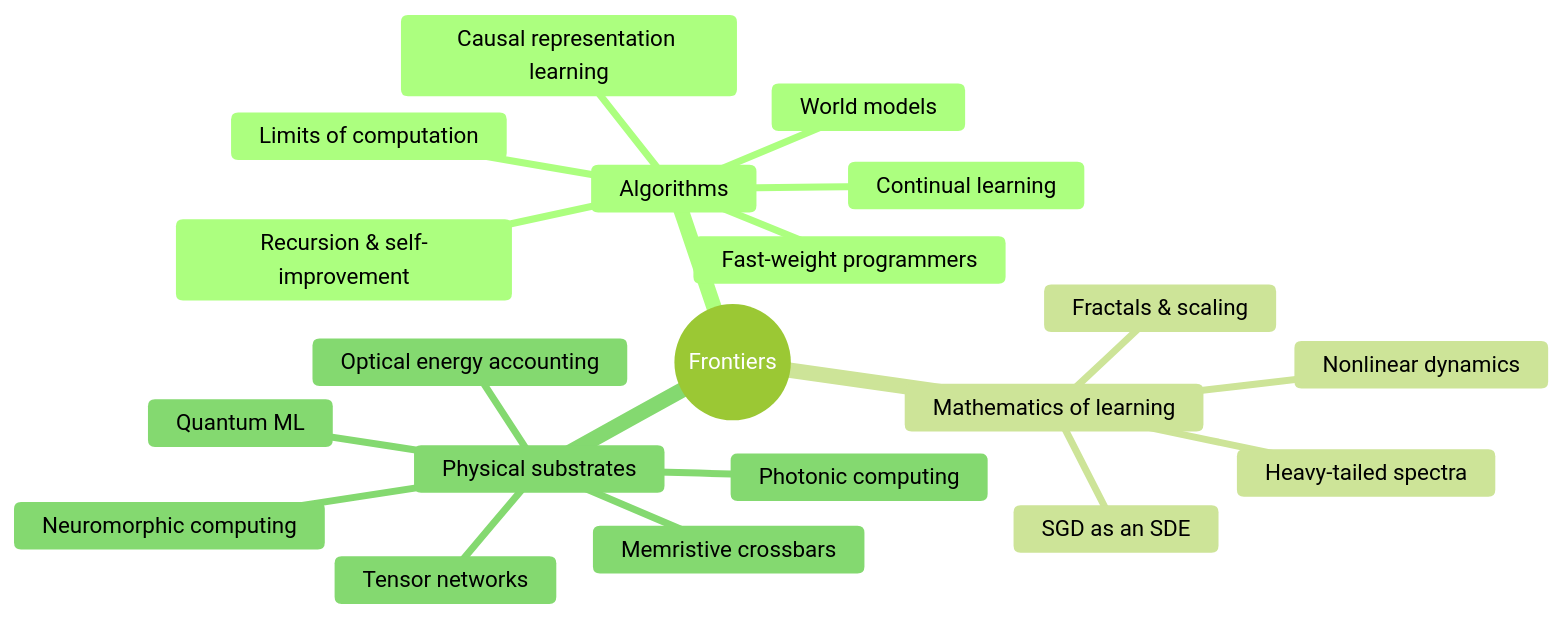
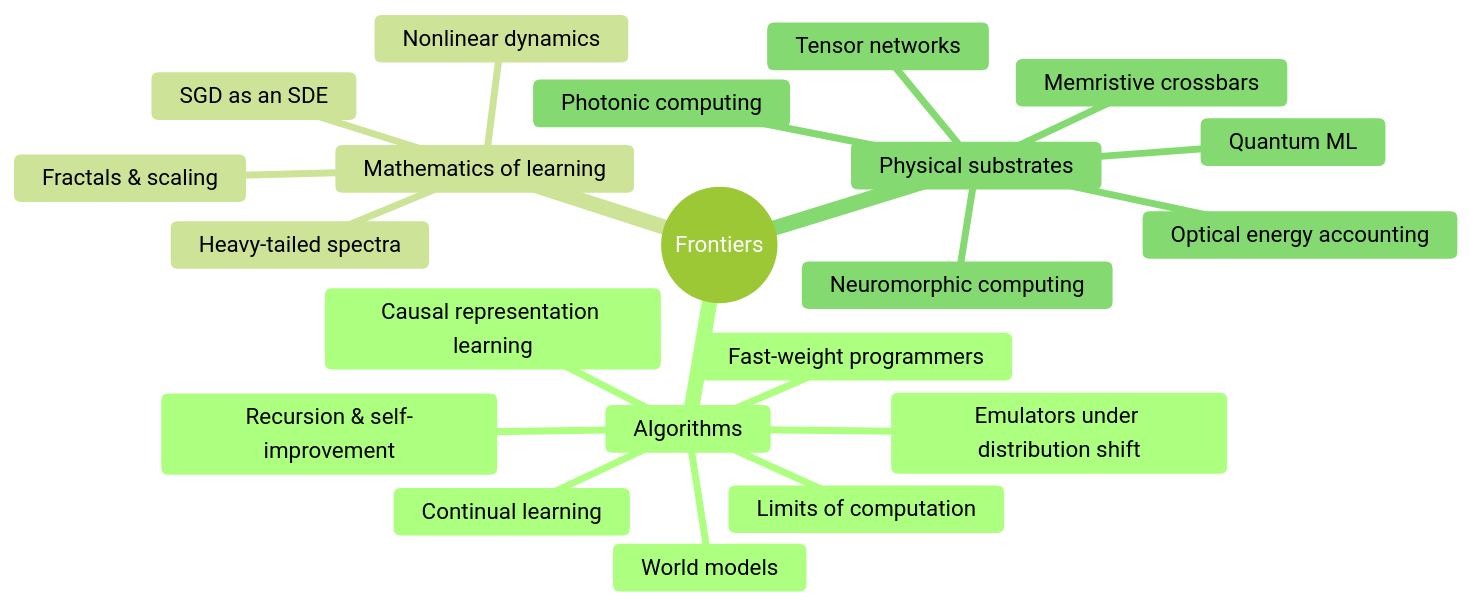
One commit to marcpoliquin5/understanding-ai changed the diagram in docs/06-frontiers/README.md. Above: the diagram before and after it, drawn with Mermaid (forest theme). The commit also changed other lines of this file and 6 other files, not shown here.

Commit message:
Frontiers: add evaluating scientific ML emulators under distribution shift page

````diff
--- a/docs/06-frontiers/README.md
+++ b/docs/06-frontiers/README.md
@@ -28,23 +29,24 @@
 ```mermaid
 mindmap
   root((Frontiers))
     Algorithms
       Recursion & self-improvement
       Fast-weight programmers
       World models
       Causal representation learning
+      Emulators under distribution shift
       Limits of computation
       Continual learning
     Mathematics of learning
       Fractals & scaling
       Heavy-tailed spectra
       Nonlinear dynamics
       SGD as an SDE
     Physical substrates
       Photonic computing
       Optical energy accounting
       Neuromorphic computing
       Memristive crossbars
       Quantum ML
       Tensor networks
 ```
````
